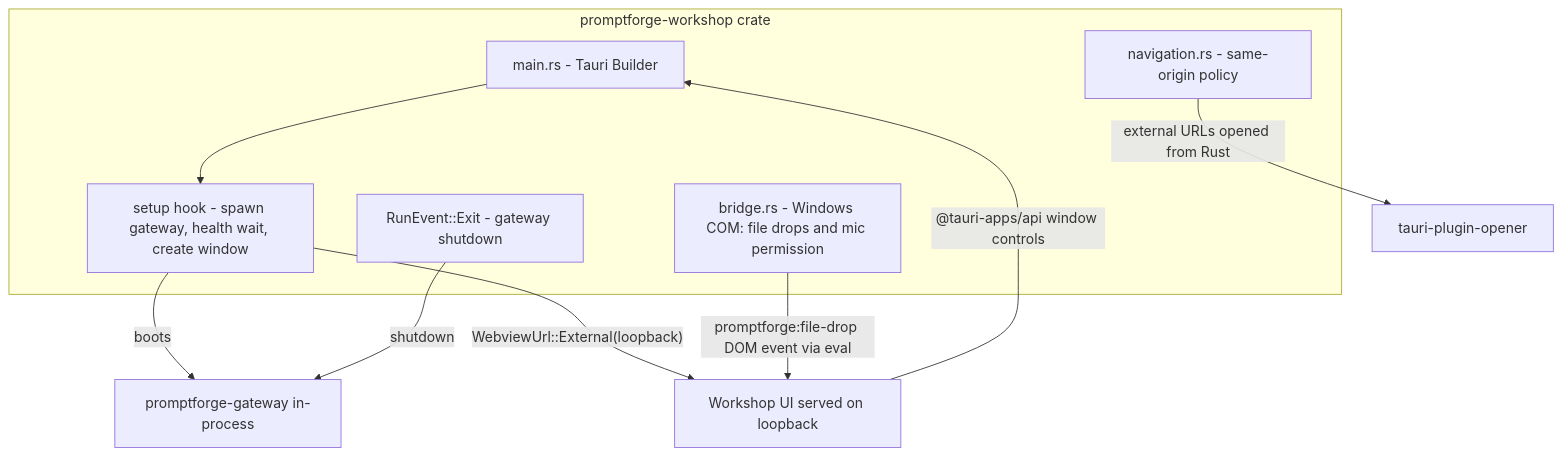
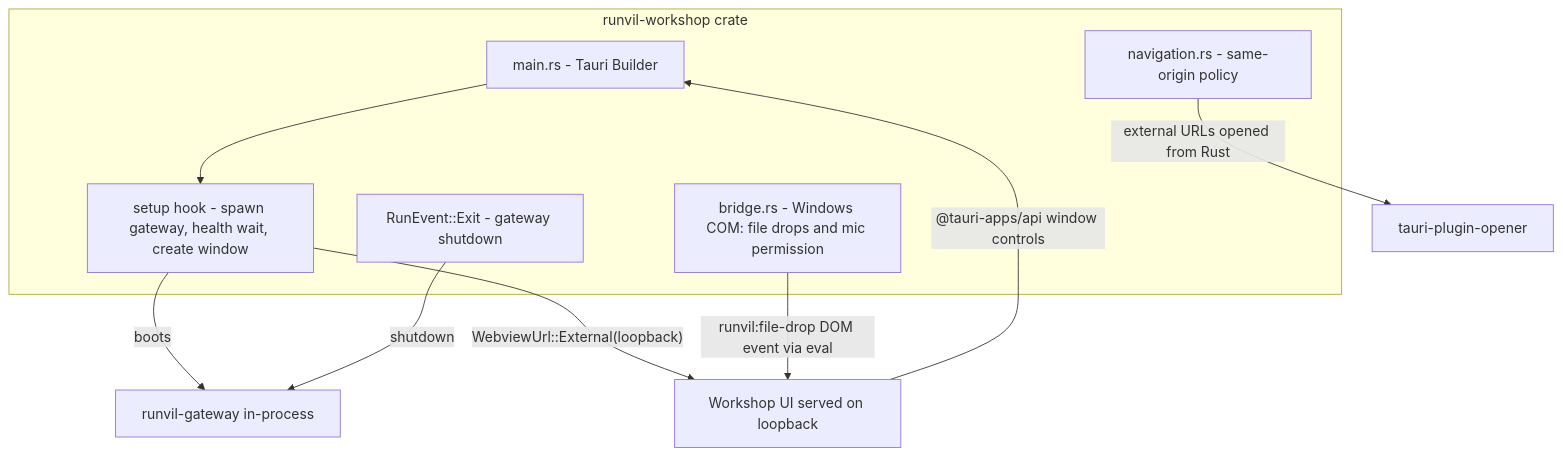
The diagram in vibe/2026-08/2026-08-31-6-tauri-migration-for-workshop.md (cppalliance/promptforge), drawn with Mermaid before and after one commit. The commit also changed other lines of this file and 1573 other files, not shown here.

````diff
--- a/vibe/2026-08/2026-08-31-6-tauri-migration-for-workshop.md
+++ b/vibe/2026-08/2026-08-31-6-tauri-migration-for-workshop.md
@@ -60,19 +60,19 @@
 ```mermaid
 flowchart TD
-    subgraph workshopCrate [promptforge-workshop crate]
+    subgraph workshopCrate [runvil-workshop crate]
         MainRs[main.rs - Tauri Builder]
         Setup[setup hook - spawn gateway, health wait, create window]
         Nav[navigation.rs - same-origin policy]
         Bridge[bridge.rs - Windows COM: file drops and mic permission]
         ExitHandler[RunEvent::Exit - gateway shutdown]
     end
-    Gateway[promptforge-gateway in-process]
+    Gateway[runvil-gateway in-process]
     UI[Workshop UI served on loopback]
     MainRs --> Setup
     Setup -->|boots| Gateway
     Setup -->|"WebviewUrl::External(loopback)"| UI
     UI -->|"@tauri-apps/api window controls"| MainRs
-    Bridge -->|"promptforge:file-drop DOM event via eval"| UI
+    Bridge -->|"runvil:file-drop DOM event via eval"| UI
     Nav -->|"external URLs opened from Rust"| Opener[tauri-plugin-opener]
     ExitHandler -->|shutdown| Gateway
 ```
````
